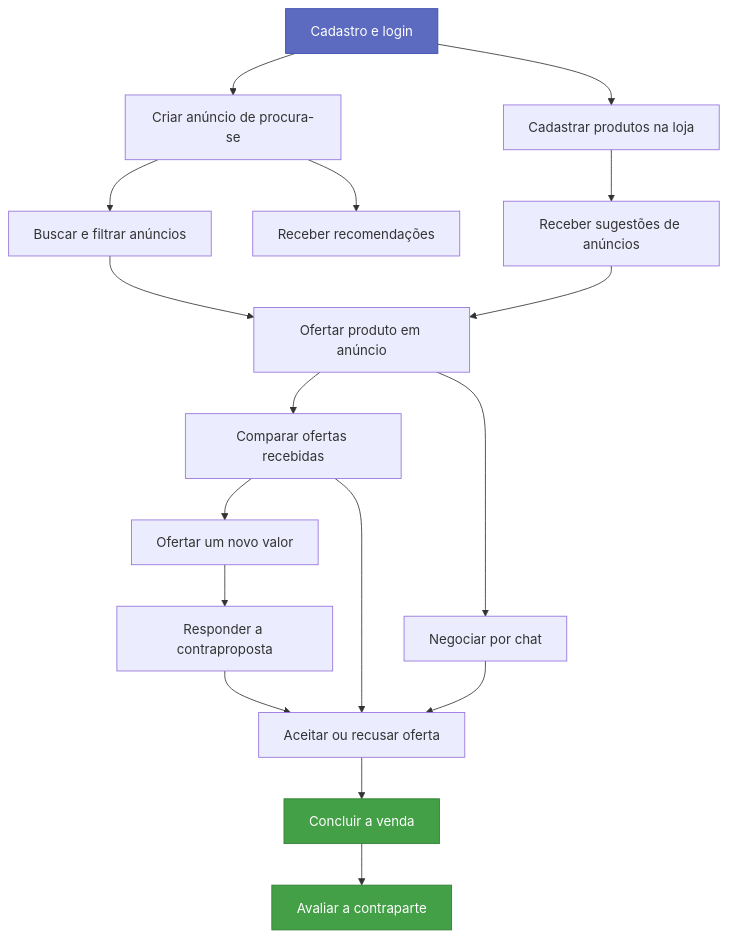
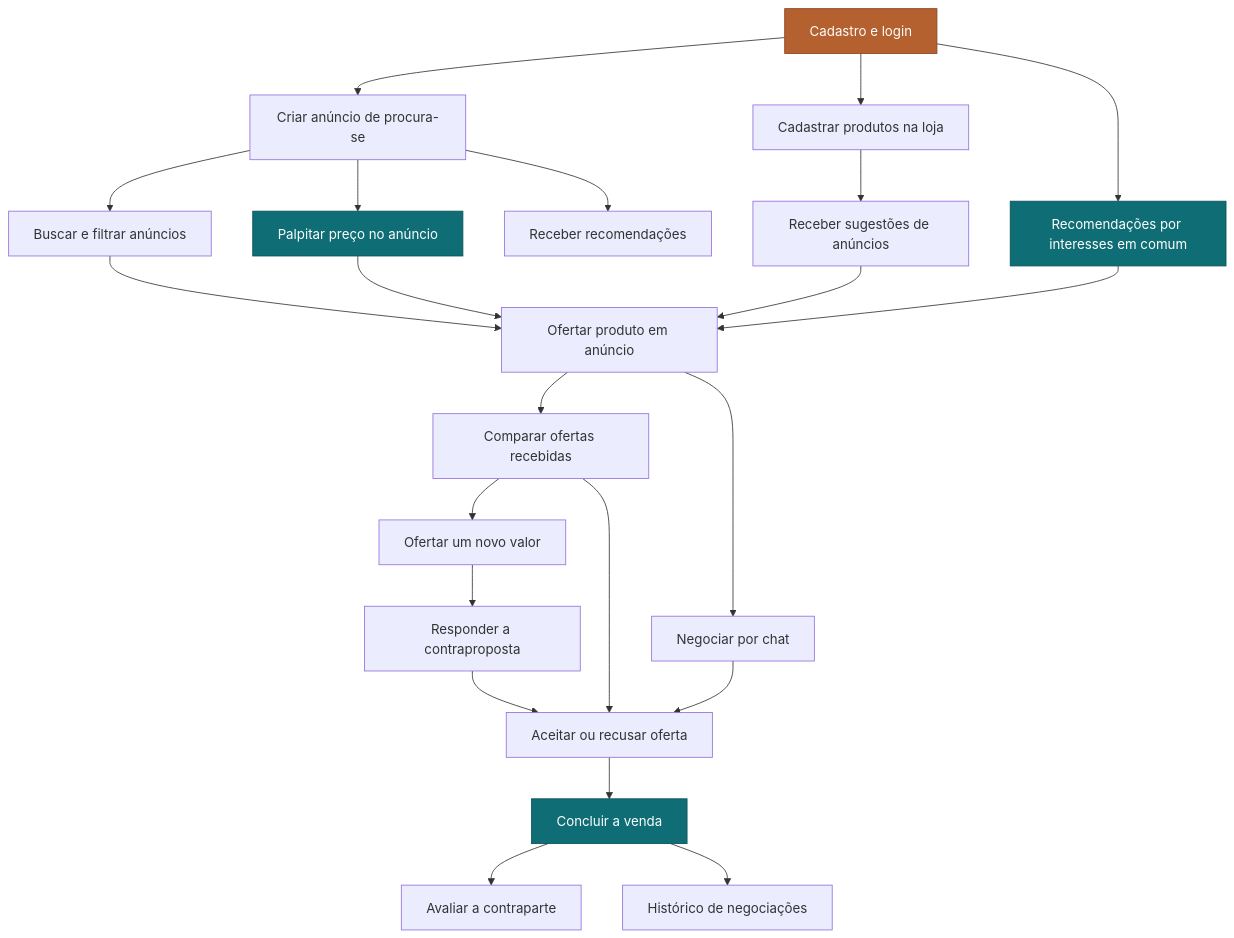
Before and after one commit to felipegf1/docs-grupo3-tppe: the diagram in docs/historias-de-usuario/index.md, drawn with Mermaid. The commit also changed other lines of this file and 2 other files, not shown here.

First line of the commit message:
docs: adiciona palpite de preco e recomendacao por interesses em comum

````diff
--- a/docs/historias-de-usuario/index.md
+++ b/docs/historias-de-usuario/index.md
@@ -54,23 +61,29 @@
 ```mermaid
 flowchart TD
     A["Cadastro e login"] --> B["Criar anúncio de procura-se"]
     A --> C["Cadastrar produtos na loja"]
     B --> D["Buscar e filtrar anúncios"]
     C --> E["Receber sugestões de anúncios"]
+    A --> R["Recomendações por interesses em comum"]
+    B --> P["Palpitar preço no anúncio"]
     D --> F["Ofertar produto em anúncio"]
     E --> F
+    R --> F
+    P --> F
     B --> G["Receber recomendações"]
     F --> H["Comparar ofertas recebidas"]
     H --> I["Ofertar um novo valor"]
     I --> J["Responder a contraproposta"]
     J --> K["Aceitar ou recusar oferta"]
     H --> K
     F --> L["Negociar por chat"]
     L --> K
     K --> M["Concluir a venda"]
     M --> N["Avaliar a contraparte"]
+    M --> O["Histórico de negociações"]
 
-    style A fill:#5c6bc0,stroke:#3949ab,color:#fff
-    style M fill:#43a047,stroke:#2e7d32,color:#fff
-    style N fill:#43a047,stroke:#2e7d32,color:#fff
+    style A fill:#b4602f,stroke:#8a4522,color:#fff
+    style P fill:#0f6e75,stroke:#0b5157,color:#fff
+    style R fill:#0f6e75,stroke:#0b5157,color:#fff
+    style M fill:#0f6e75,stroke:#0b5157,color:#fff
 ```
````
